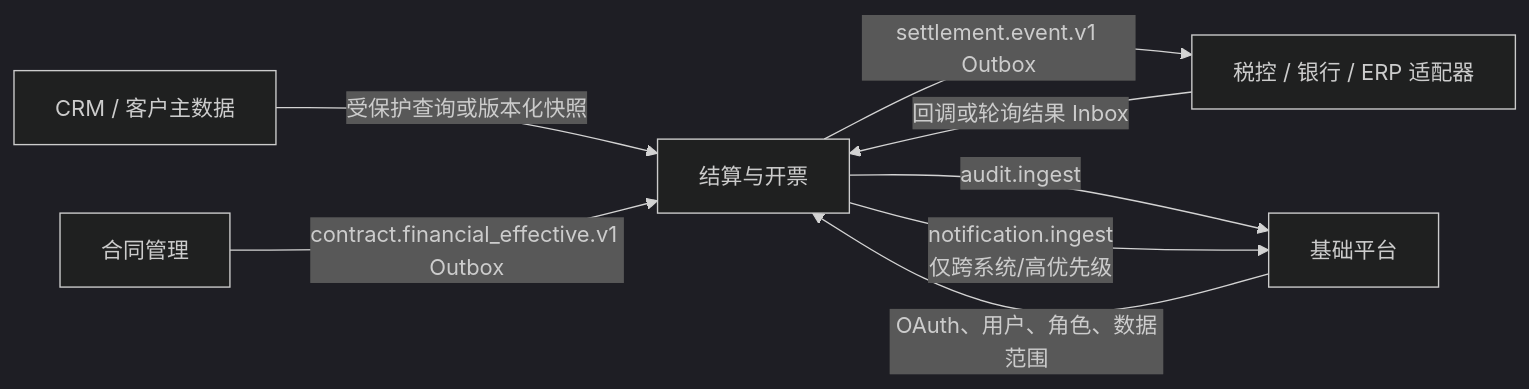
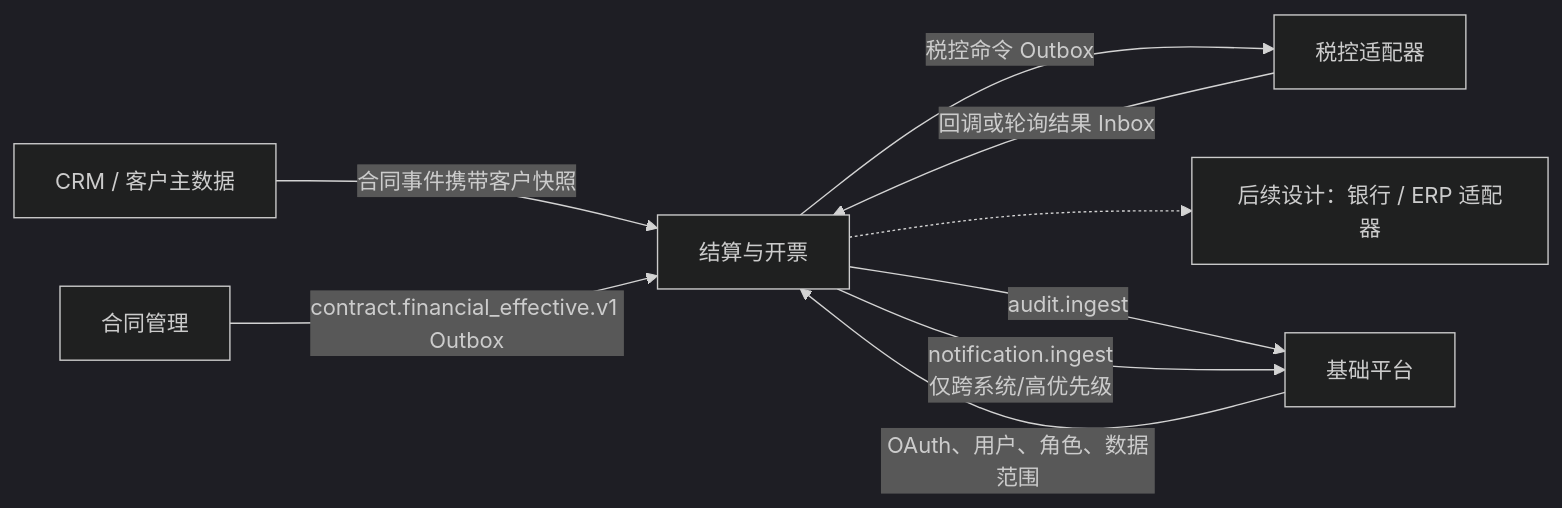
One commit to J-S-Te/Settlement changed the first of 2 diagrams in 设计方案.md. Above: the diagram before and after it, drawn with Mermaid (dark theme). The commit also changed other lines of this file and 107 other files, not shown here.

````diff
--- a/设计方案.md
+++ b/设计方案.md
@@ -15,10 +17,11 @@
 ```mermaid
 flowchart LR
-    CRM[CRM / 客户主数据] -->|受保护查询或版本化快照| SETTLEMENT
+    CRM[CRM / 客户主数据] -->|合同事件携带客户快照| SETTLEMENT
     CONTRACT[合同管理] -->|contract.financial_effective.v1 Outbox| SETTLEMENT[结算与开票]
-    SETTLEMENT -->|settlement.event.v1 Outbox| FINANCE[税控 / 银行 / ERP 适配器]
+    SETTLEMENT -->|税控命令 Outbox| FINANCE[税控适配器]
     FINANCE -->|回调或轮询结果 Inbox| SETTLEMENT
+    SETTLEMENT -.-> FUTURE[后续设计：银行 / ERP 适配器]
     SETTLEMENT -->|audit.ingest| PLATFORM[基础平台]
     SETTLEMENT -->|notification.ingest<br/>仅跨系统/高优先级| PLATFORM
     PLATFORM -->|OAuth、用户、角色、数据范围| SETTLEMENT
 ```
````
